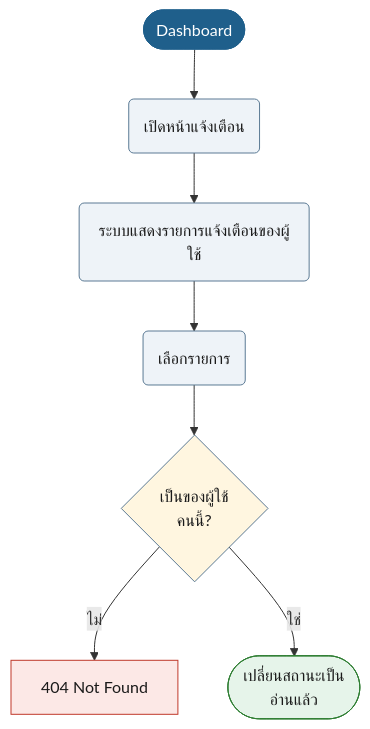
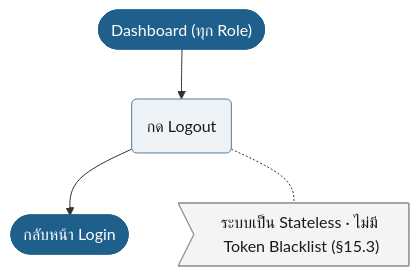
One commit to synthesixer/AcadOS changed the second of 49 diagrams in doc/userflow.md. Above: the diagram before and after it, drawn with Mermaid. The commit also changed other lines of this file and 1 other file, not shown here.

````diff
--- a/doc/userflow.md
+++ b/doc/userflow.md
@@ -116,22 +152,16 @@
 ```mermaid
 flowchart TD
-    n1(["Dashboard"]):::start
-    n2("เปิดหน้าแจ้งเตือน"):::act
-    n3("ระบบแสดงรายการแจ้งเตือนของผู้ใช้"):::act
-    n4("เลือกรายการ"):::act
+    n1(["Dashboard (ทุก Role)"]):::start
+    n2("กด Logout"):::act
+    n3(["กลับหน้า Login"]):::start
     n1 --> n2
     n2 --> n3
-    n3 --> n4
-    n5{"เป็นของผู้ใช้<br/>คนนี้?"}:::dec
-    n4 --> n5
-    n6["404 Not Found"]:::bad
-    n5 -->|ไม่| n6
-    n7(["เปลี่ยนสถานะเป็น<br/>อ่านแล้ว"]):::ok
-    n5 -->|ใช่| n7
+    n4>"ระบบเป็น Stateless · ไม่มี Token Blacklist (§15.3)"]:::note
+    n2 -.- n4
     classDef start fill:#1F5F8B,stroke:#1F5F8B,color:#fff
     classDef act fill:#EEF3F8,stroke:#5B7A94,color:#1a1a1a
     classDef dec fill:#FFF6E0,stroke:#5B7A94,color:#1a1a1a
     classDef bad fill:#FCE8E6,stroke:#C0392B,color:#1a1a1a
     classDef ok fill:#E6F4EA,stroke:#2E7D32,color:#1a1a1a
     classDef note fill:#F4F4F4,stroke:#999,color:#1a1a1a
 ```
````
